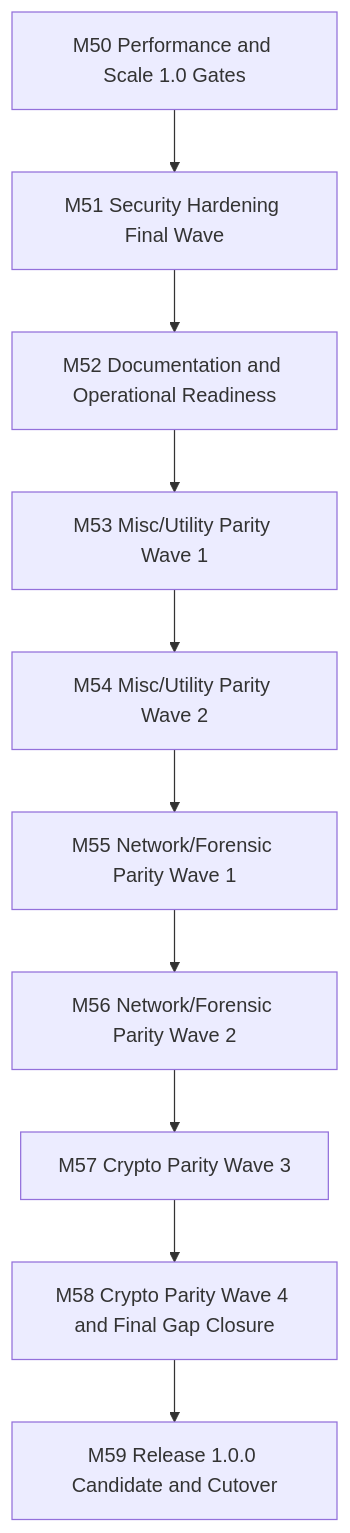
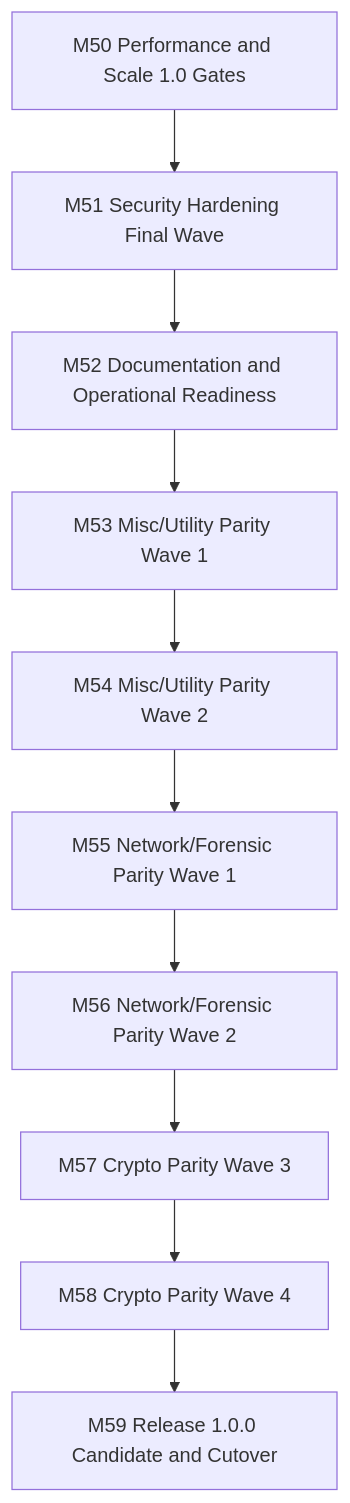
Before and after one commit to mkilijanek/CyberMasterChef: the diagram in docs/parity/roadmap-next-m50-m59.md, drawn with Mermaid. The commit also changed other lines of this file and 18 other files, not shown here.

````diff
--- a/docs/parity/roadmap-next-m50-m59.md
+++ b/docs/parity/roadmap-next-m50-m59.md
@@ -9,12 +9,12 @@
 ```mermaid
 flowchart TD
   M50["M50 Performance and Scale 1.0 Gates"] --> M51["M51 Security Hardening Final Wave"]
   M51 --> M52["M52 Documentation and Operational Readiness"]
   M52 --> M53["M53 Misc/Utility Parity Wave 1"]
   M53 --> M54["M54 Misc/Utility Parity Wave 2"]
   M54 --> M55["M55 Network/Forensic Parity Wave 1"]
   M55 --> M56["M56 Network/Forensic Parity Wave 2"]
   M56 --> M57["M57 Crypto Parity Wave 3"]
-  M57 --> M58["M58 Crypto Parity Wave 4 and Final Gap Closure"]
+  M57 --> M58["M58 Crypto Parity Wave 4"]
   M58 --> M59["M59 Release 1.0.0 Candidate and Cutover"]
 ```
````
